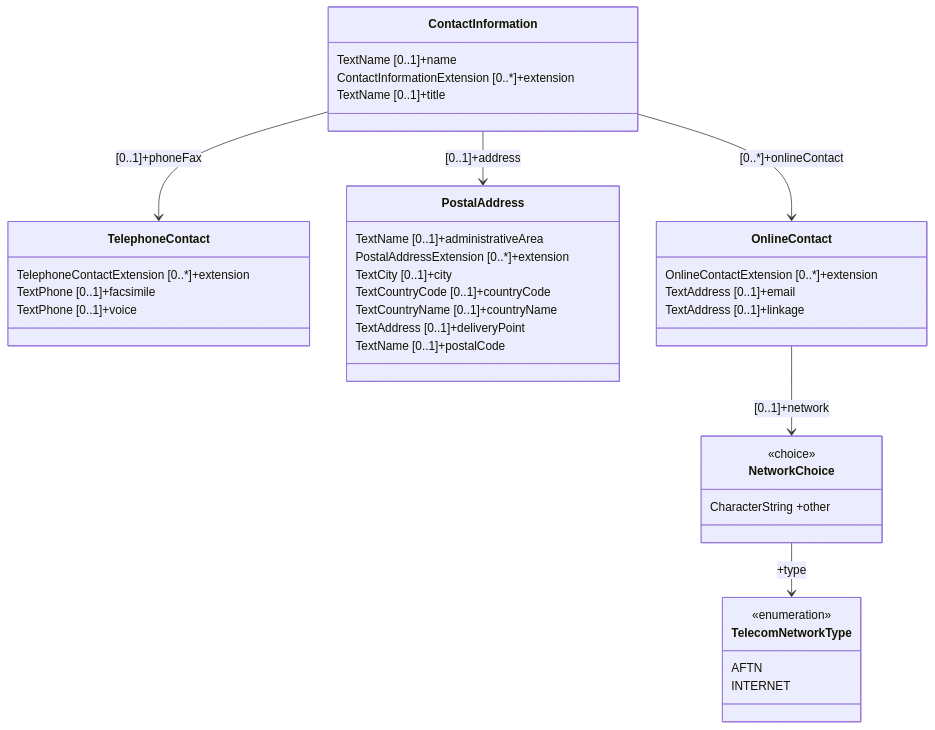
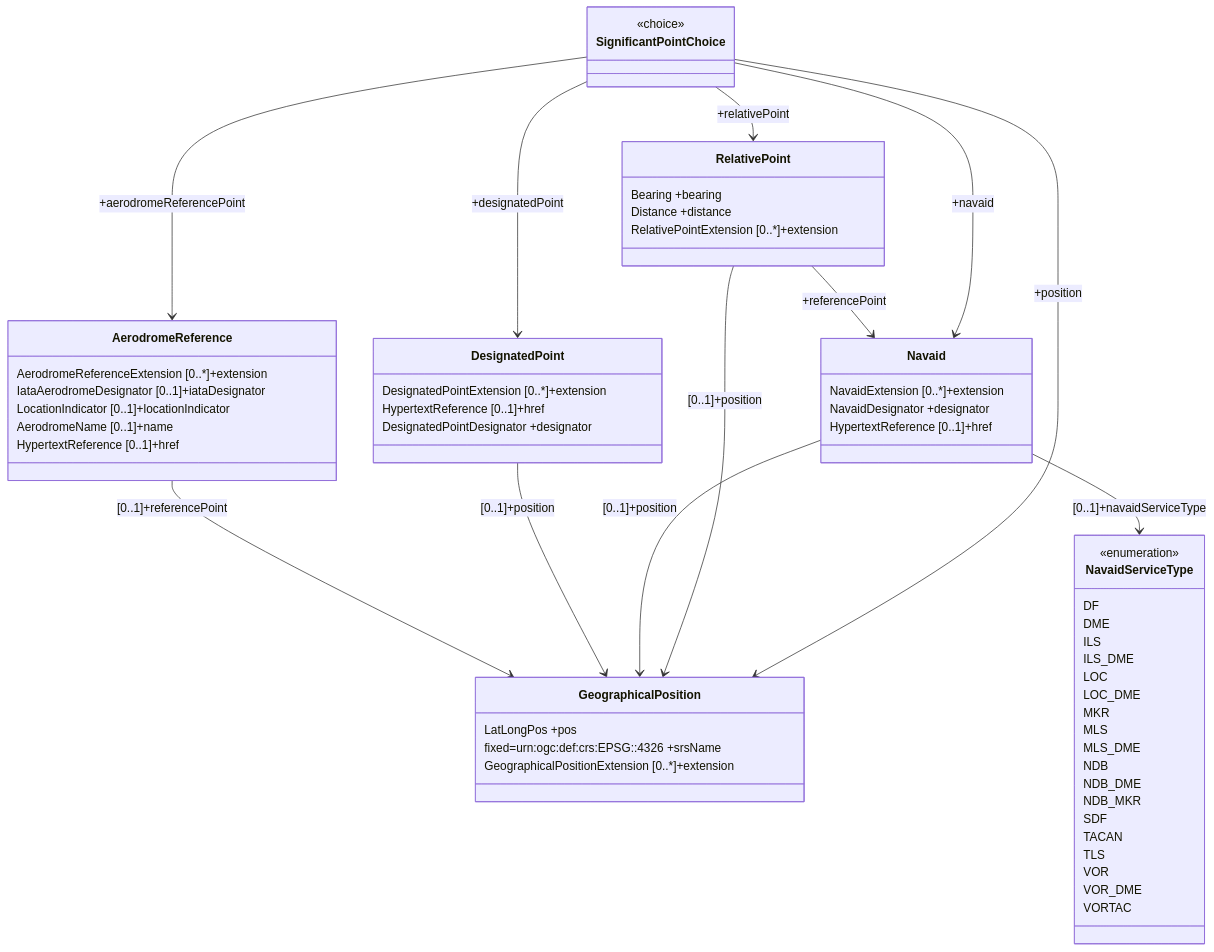
The third of 3 diagrams in docs/fixm/FIXM_UML_in_mermaid.md (du-lapin/test_docsify), drawn with Mermaid before and after one commit.

````diff
--- a/docs/fixm/FIXM_UML_in_mermaid.md
+++ b/docs/fixm/FIXM_UML_in_mermaid.md
@@ -129,36 +129,65 @@
 ```mermaid
 classDiagram
-class TelephoneContact
-TelephoneContact : TelephoneContactExtension [0..*]+extension
-TelephoneContact : TextPhone [0..1]+facsimile
-TelephoneContact : TextPhone [0..1]+voice
-class ContactInformation
-ContactInformation : TextName [0..1]+name
-ContactInformation : ContactInformationExtension [0..*]+extension
-ContactInformation --> PostalAddress : [0..1]+address
-ContactInformation --> OnlineContact : [0..*]+onlineContact
-ContactInformation --> TelephoneContact : [0..1]+phoneFax
-ContactInformation : TextName [0..1]+title
-class OnlineContact
-OnlineContact : OnlineContactExtension [0..*]+extension
-OnlineContact : TextAddress [0..1]+email
-OnlineContact : TextAddress [0..1]+linkage
-OnlineContact --> NetworkChoice : [0..1]+network
-class PostalAddress
-PostalAddress : TextName [0..1]+administrativeArea
-PostalAddress : PostalAddressExtension [0..*]+extension
-PostalAddress : TextCity [0..1]+city
-PostalAddress : TextCountryCode [0..1]+countryCode
-PostalAddress : TextCountryName [0..1]+countryName
-PostalAddress : TextAddress [0..1]+deliveryPoint
-PostalAddress : TextName [0..1]+postalCode
-class TelecomNetworkType
-<<enumeration>> TelecomNetworkType
-TelecomNetworkType : AFTN
-TelecomNetworkType : INTERNET
-link TelecomNetworkType "https://www.fixm.aero/releases/FIXM-4.2.0/doc/schema_documentation/Fixm_TelecomNetworkTypeType.html" "Go to XML definition"
-class NetworkChoice
-<<choice>> NetworkChoice
-NetworkChoice : CharacterString +other
-NetworkChoice --> TelecomNetworkType : +type
+class SignificantPointChoice
+<<choice>> SignificantPointChoice
+SignificantPointChoice --> AerodromeReference : +aerodromeReferencePoint
+SignificantPointChoice --> DesignatedPoint : +designatedPoint
+SignificantPointChoice --> Navaid : +navaid
+SignificantPointChoice --> GeographicalPosition : +position
+SignificantPointChoice --> RelativePoint : +relativePoint
+link SignificantPointChoice "https://www.fixm.aero/releases/FIXM-4.2.0/doc/schema_documentation/Fixm_SignificantPointChoiceType.html" "Go to XML definition"
+class RelativePoint
+RelativePoint : Bearing +bearing
+RelativePoint : Distance +distance
+RelativePoint : RelativePointExtension [0..*]+extension
+RelativePoint --> GeographicalPosition : [0..1]+position
+RelativePoint --> Navaid : +referencePoint
+link RelativePoint "https://www.fixm.aero/releases/FIXM-4.2.0/doc/schema_documentation/Fixm_RelativePointType.html" "Go to XML definition"
+class Navaid
+Navaid : NavaidExtension [0..*]+extension
+Navaid : NavaidDesignator +designator
+Navaid : HypertextReference [0..1]+href
+Navaid --> NavaidServiceType : [0..1]+navaidServiceType
+Navaid --> GeographicalPosition : [0..1]+position
+link Navaid "https://www.fixm.aero/releases/FIXM-4.2.0/doc/schema_documentation/Fixm_NavaidType.html" "Go to XML definition"
+class GeographicalPosition
+GeographicalPosition : LatLongPos +pos
+GeographicalPosition : fixed#61;urn#58;ogc#58;def#58;crs#58;EPSG#58;#58;4326 +srsName
+GeographicalPosition : GeographicalPositionExtension [0..*]+extension
+link GeographicalPosition "https://www.fixm.aero/releases/FIXM-4.2.0/doc/schema_documentation/Fixm_GeographicalPositionType.html" "Go to XML definition"
+class DesignatedPoint
+DesignatedPoint : DesignatedPointExtension [0..*]+extension
+DesignatedPoint : HypertextReference [0..1]+href
+DesignatedPoint : DesignatedPointDesignator +designator
+DesignatedPoint --> GeographicalPosition : [0..1]+position
+link DesignatedPoint "https://www.fixm.aero/releases/FIXM-4.2.0/doc/schema_documentation/Fixm_DesignatedPointType.html" "Go to XML definition"
+class AerodromeReference
+AerodromeReference : AerodromeReferenceExtension [0..*]+extension
+AerodromeReference : IataAerodromeDesignator [0..1]+iataDesignator
+AerodromeReference : LocationIndicator [0..1]+locationIndicator
+AerodromeReference : AerodromeName [0..1]+name
+AerodromeReference --> GeographicalPosition : [0..1]+referencePoint
+AerodromeReference : HypertextReference [0..1]+href
+link AerodromeReference "https://www.fixm.aero/releases/FIXM-4.2.0/doc/schema_documentation/Fixm_AerodromeReferenceType.html" "Go to XML definition"
+class NavaidServiceType
+<<enumeration>> NavaidServiceType
+NavaidServiceType : DF
+NavaidServiceType : DME
+NavaidServiceType : ILS
+NavaidServiceType : ILS_DME
+NavaidServiceType : LOC
+NavaidServiceType : LOC_DME
+NavaidServiceType : MKR
+NavaidServiceType : MLS
+NavaidServiceType : MLS_DME
+NavaidServiceType : NDB
+NavaidServiceType : NDB_DME
+NavaidServiceType : NDB_MKR
+NavaidServiceType : SDF
+NavaidServiceType : TACAN
+NavaidServiceType : TLS
+NavaidServiceType : VOR
+NavaidServiceType : VOR_DME
+NavaidServiceType : VORTAC
+link NavaidServiceType "https://www.fixm.aero/releases/FIXM-4.2.0/doc/schema_documentation/Fixm_NavaidServiceTypeType.html" "Go to XML definition"
 ```
````
